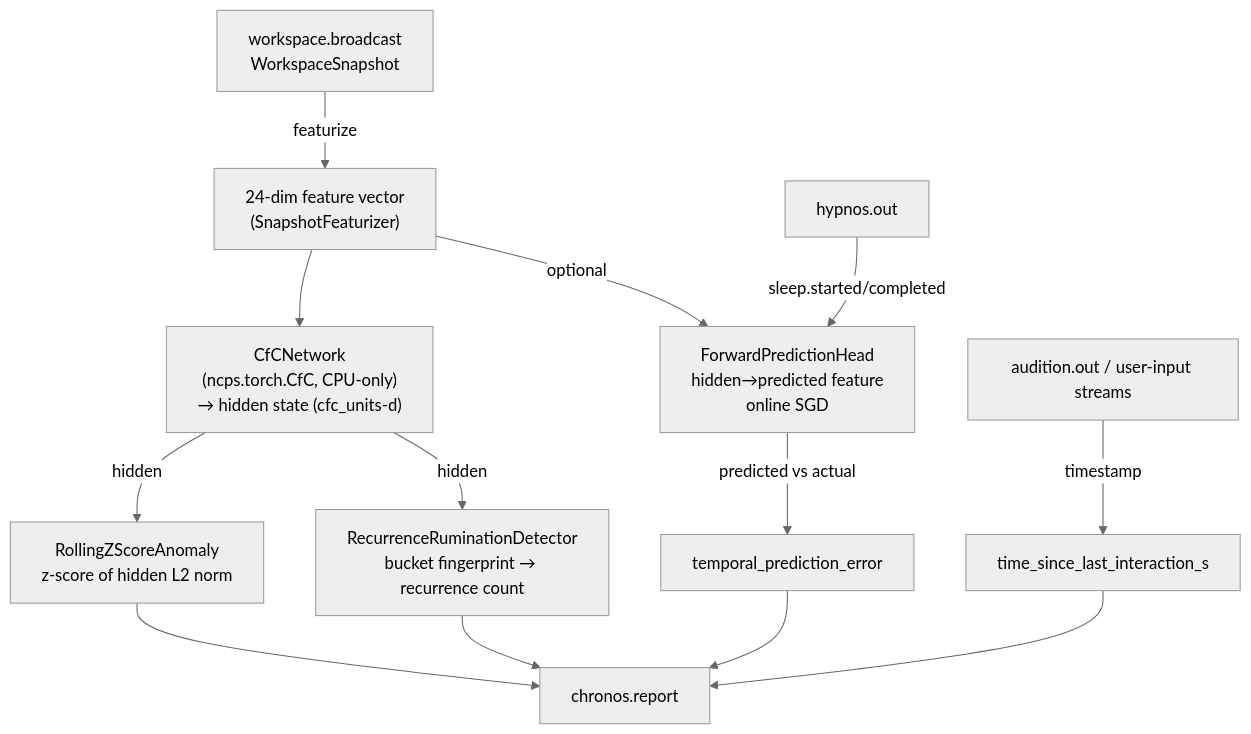
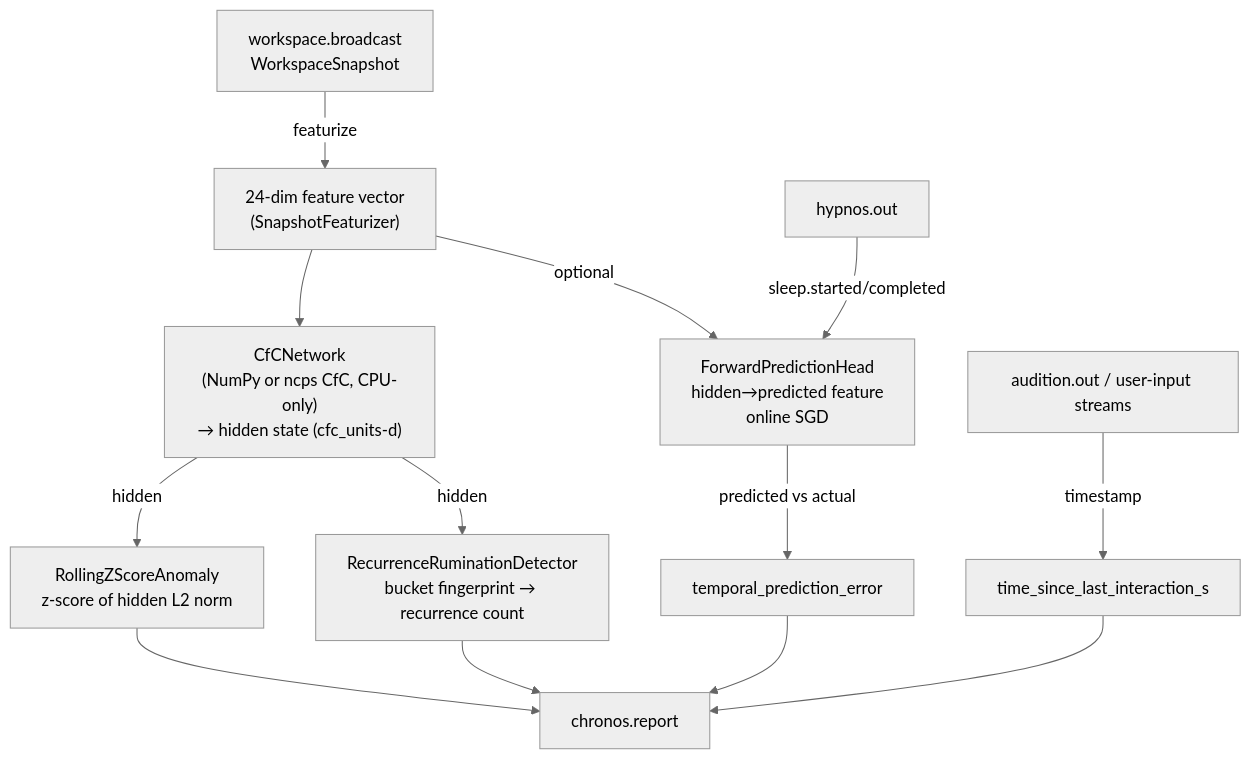
One commit to kaineone/kaine changed the diagram in docs/modules/chronos.md. Above: the diagram before and after it, drawn with Mermaid (neutral theme). The commit also changed other lines of this file and 7 other files, not shown here.

````diff
--- a/docs/modules/chronos.md
+++ b/docs/modules/chronos.md
@@ -81,15 +82,15 @@
 ```mermaid
 graph TD
     WS["workspace.broadcast\nWorkspaceSnapshot"] -->|featurize| FV["24-dim feature vector\n(SnapshotFeaturizer)"]
-    FV --> CfC["CfCNetwork\n(ncps.torch.CfC, CPU-only)\n→ hidden state (cfc_units-d)"]
+    FV --> CfC["CfCNetwork\n(NumPy or ncps CfC, CPU-only)\n→ hidden state (cfc_units-d)"]
     CfC -->|hidden| Anomaly["RollingZScoreAnomaly\nz-score of hidden L2 norm"]
     CfC -->|hidden| Rum["RecurrenceRuminationDetector\nbucket fingerprint → recurrence count"]
     FV -->|optional| FwdHead["ForwardPredictionHead\nhidden→predicted feature\nonline SGD"]
     FwdHead -->|predicted vs actual| TPE["temporal_prediction_error"]
     Anomaly --> Report["chronos.report"]
     Rum --> Report
     TPE --> Report
     UserIn["audition.out / user-input streams"] -->|timestamp| IdleTime["time_since_last_interaction_s"]
     IdleTime --> Report
     HypnosOut["hypnos.out"] -->|sleep.started/completed| FwdHead
 ```
````
